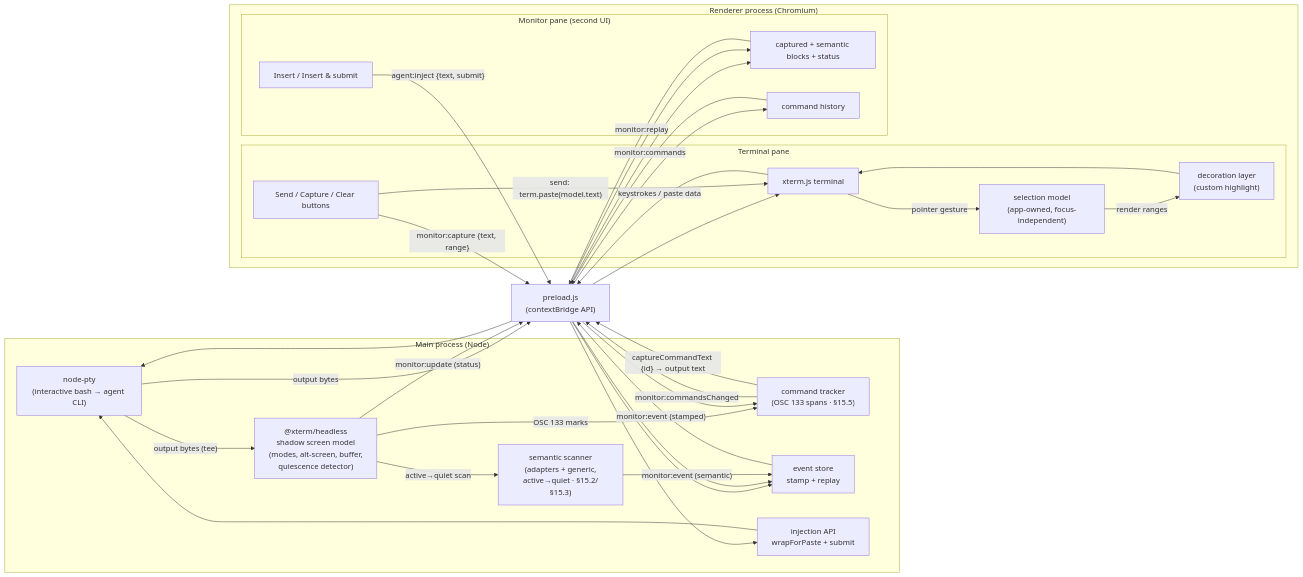
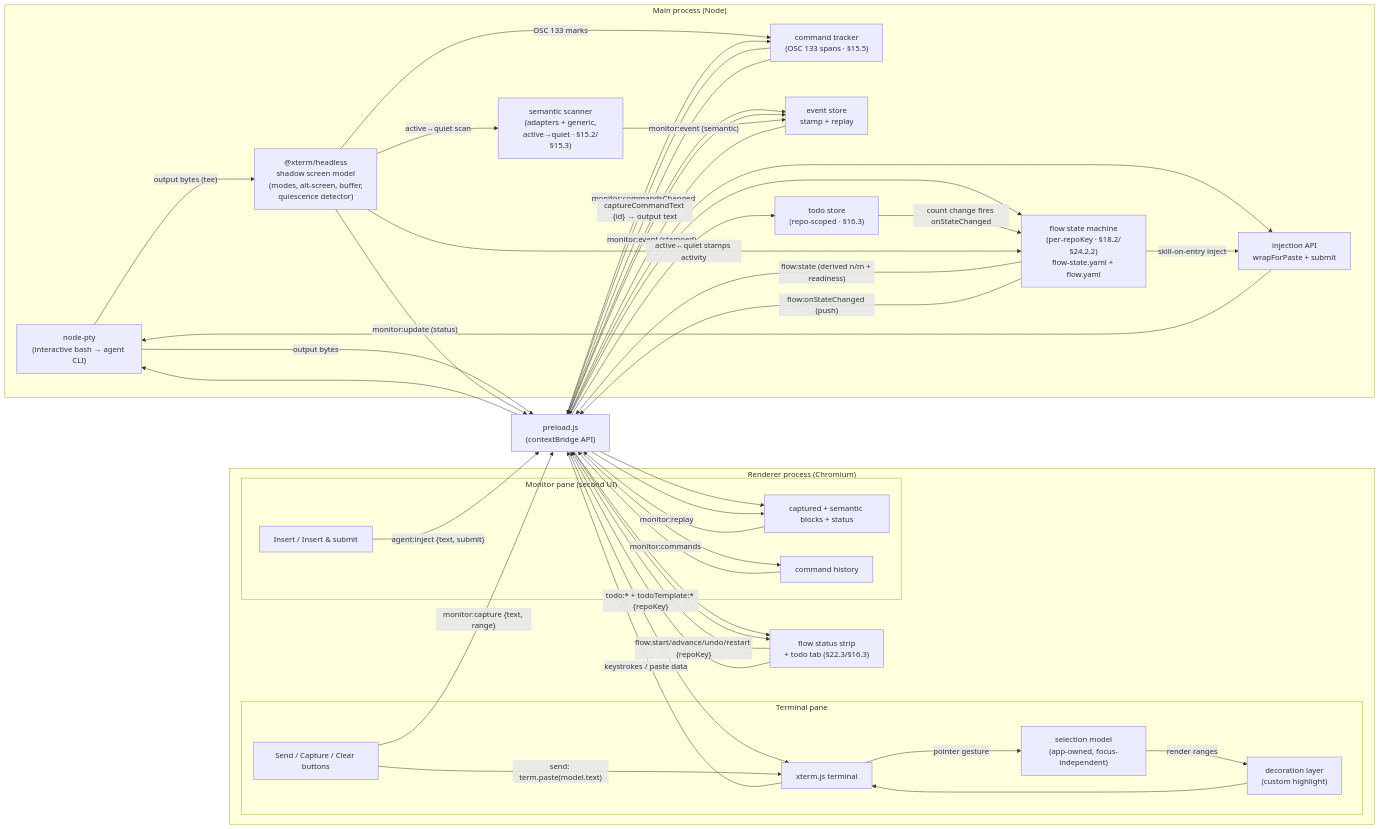
One commit to dylanb/agent-terminal changed the diagram in terminal-web-ui-spec.md. Above: the diagram before and after it, drawn with Mermaid. The commit also changed other lines of this file and 5 other files, not shown here.

First line of the commit message:
impl-review round 2: remaining a11y + doc/contract/diagram fixes

````diff
--- a/terminal-web-ui-spec.md
+++ b/terminal-web-ui-spec.md
@@ -284,43 +284,53 @@
 ```mermaid
 flowchart LR
     subgraph Main["Main process (Node)"]
         PTY["node-pty<br/>(interactive bash → agent CLI)"]
         SHADOW["@xterm/headless<br/>shadow screen model<br/>(modes, alt-screen, buffer,<br/>quiescence detector)"]
         SCAN["semantic scanner<br/>(adapters + generic,<br/>active→quiet · §15.2/§15.3)"]
         CMD["command tracker<br/>(OSC 133 spans · §15.5)"]
         STORE["event store<br/>stamp + replay"]
         INJ["injection API<br/>wrapForPaste + submit"]
+        FLOW["flow state machine<br/>(per-repoKey · §18.2/§24.2.2)<br/>flow-state.yaml + flow.yaml"]
+        TODOS["todo store<br/>(repo-scoped · §16.3)"]
     end
     subgraph Renderer["Renderer process (Chromium)"]
         subgraph TermPane["Terminal pane"]
             XT["xterm.js terminal"]
             SELMODEL["selection model<br/>(app-owned, focus-independent)"]
             DECO["decoration layer<br/>(custom highlight)"]
             BTN["Send / Capture / Clear buttons"]
         end
         subgraph MonPane["Monitor pane (second UI)"]
             LIST["captured + semantic blocks + status"]
             HIST["command history"]
             ACT["Insert / Insert & submit"]
         end
+        FLOWSTRIP["flow status strip<br/>+ todo tab (§22.3/§16.3)"]
     end
     Preload["preload.js<br/>(contextBridge API)"]
 
     PTY -- "output bytes (tee)" --> SHADOW
     PTY -- "output bytes" --> Preload --> XT
     XT -- "keystrokes / paste data" --> Preload --> PTY
     XT -- "pointer gesture" --> SELMODEL
     SELMODEL -- "render ranges" --> DECO --> XT
     BTN -- "send: term.paste(model.text)" --> XT
     BTN -- "monitor:capture {text, range}" --> Preload --> STORE
     STORE -- "monitor:event (stamped)" --> Preload --> LIST
     LIST -- "monitor:replay" --> Preload --> STORE
     SHADOW -- "monitor:update (status)" --> Preload --> LIST
     SHADOW -- "active→quiet scan" --> SCAN
     SCAN -- "monitor:event (semantic)" --> STORE
     SHADOW -- "OSC 133 marks" --> CMD
     CMD -- "monitor:commandsChanged" --> Preload --> HIST
     HIST -- "monitor:commands" --> Preload --> CMD
     CMD -- "captureCommandText {id} → output text" --> Preload
     ACT -- "agent:inject {text, submit}" --> Preload --> INJ --> PTY
+    FLOWSTRIP -- "flow:start/advance/undo/restart {repoKey}" --> Preload --> FLOW
+    FLOW -- "flow:state (derived n/m + readiness)" --> Preload --> FLOWSTRIP
+    FLOW -- "flow:onStateChanged (push)" --> Preload --> FLOWSTRIP
+    FLOWSTRIP -- "todo:* + todoTemplate:* {repoKey}" --> Preload --> TODOS
+    TODOS -- "count change fires onStateChanged" --> FLOW
+    SHADOW -- "active↔quiet stamps activity" --> FLOW
+    FLOW -- "skill-on-entry inject" --> INJ
 ```
````
